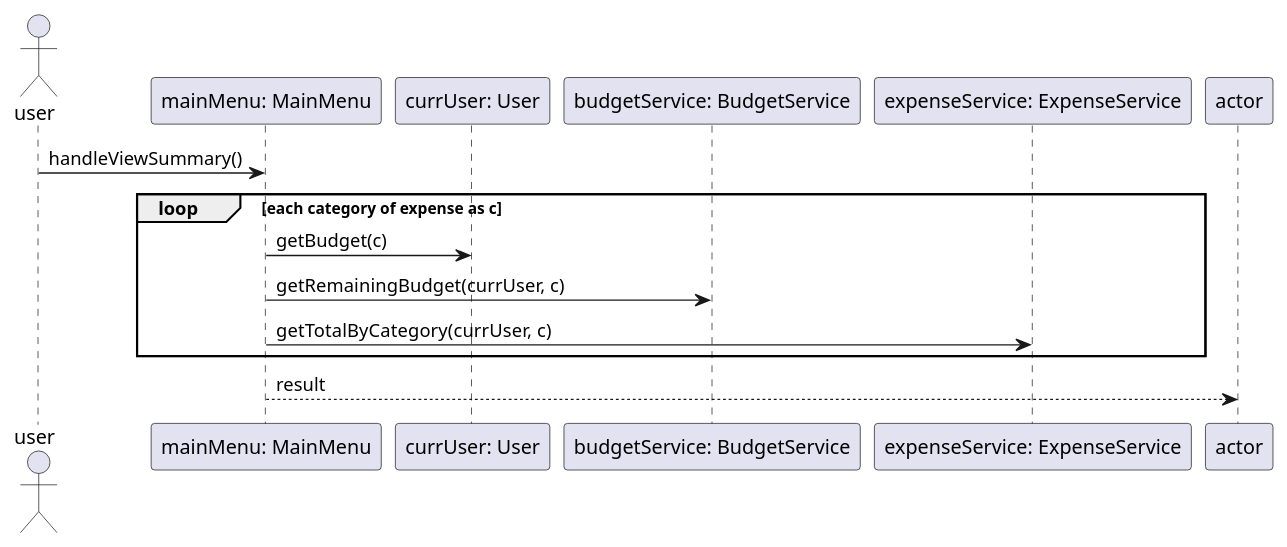
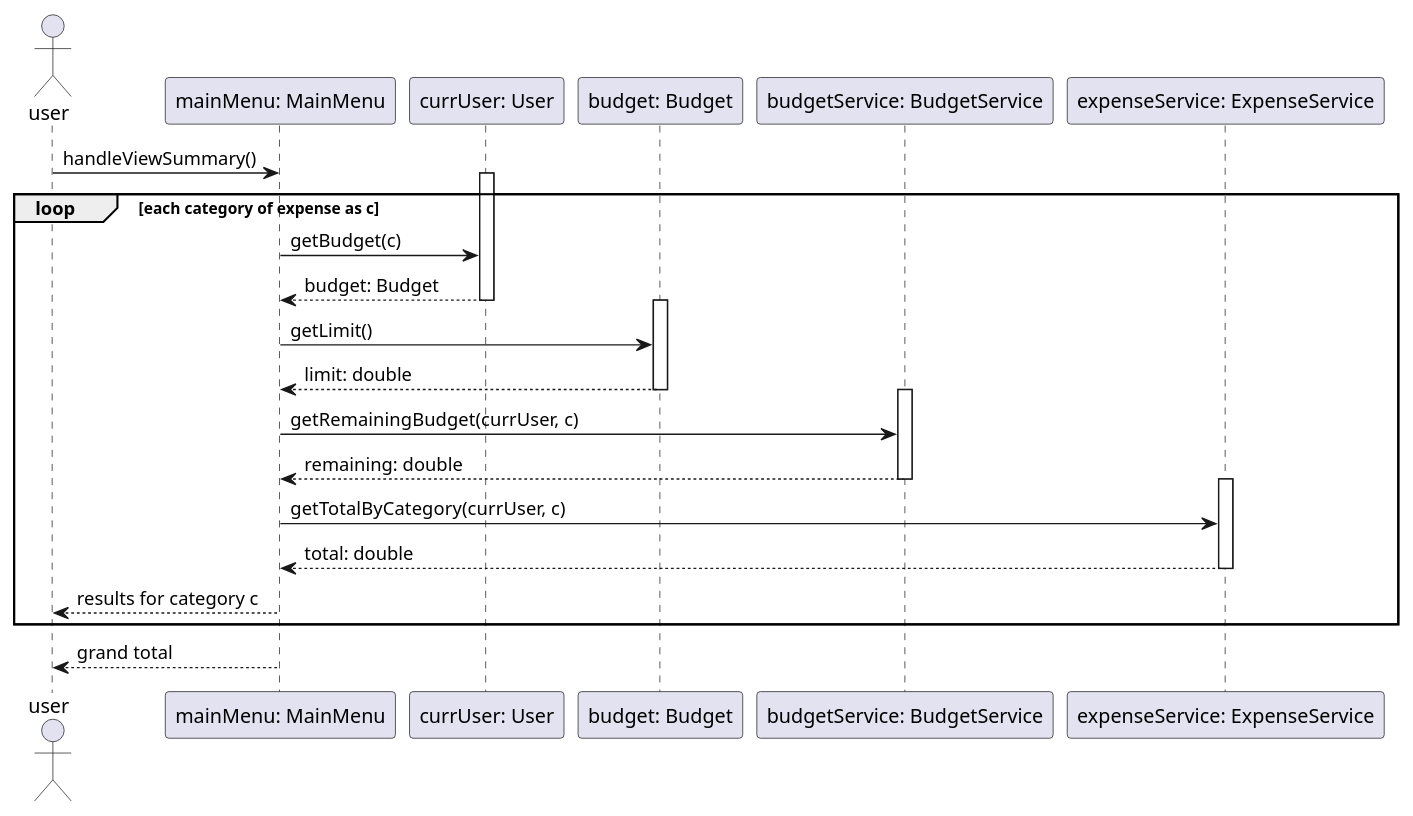
The diagram in UML/seq_summary.puml (subisksbn/OOP_final_financeTracker), drawn with PlantUML before and after one commit. The commit also changed 1 other file, not shown here.

Commit message:
Finished 'Summary' seq diagram

```diff
--- a/UML/seq_summary.puml
+++ b/UML/seq_summary.puml
@@ -1,22 +1,43 @@
 @startuml
 ' -> mainMenu: handleViewSummary()
 ' loop over Category.values()
 ' -> currentUser (User):    getBudget(category).limit()
 ' -> expenseService:    getTotalByCategory(currentUser, category)
 ' -> budgetService:     getRemainingBudget(currentUser, category)
 actor user
 participant "mainMenu: MainMenu" as mainMenu
 participant "currUser: User" as currUser
+participant "budget: Budget" as budget
 participant "budgetService: BudgetService" as budgetService
 participant "expenseService: ExpenseService" as expenseService
 'participant "loginService: LoginService" as loginService
 
 user -> mainMenu: handleViewSummary()
 'mainMenu -> Category: values()
 loop each category of expense as c
-    mainMenu -> currUser: getBudget(c)
+    activate currUser
+        mainMenu -> currUser: getBudget(c)
+        currUser --> mainMenu: budget: Budget
+    deactivate currUser
+
+    activate budget
+        mainMenu -> budget: getLimit()
+        budget --> mainMenu: limit: double
+    deactivate budget
+
+    activate budgetService
     mainMenu -> budgetService: getRemainingBudget(currUser, c)
+    budgetService --> mainMenu: remaining: double
+    deactivate budgetService
+
+    activate expenseService
     mainMenu -> expenseService: getTotalByCategory(currUser, c)
+    expenseService --> mainMenu: total: double
+    deactivate expenseService
+
+    ' result for each category 
+    mainMenu --> user: results for category c
 end
-mainMenu --> actor: result
+
+mainMenu --> user: grand total 
 @enduml
```
